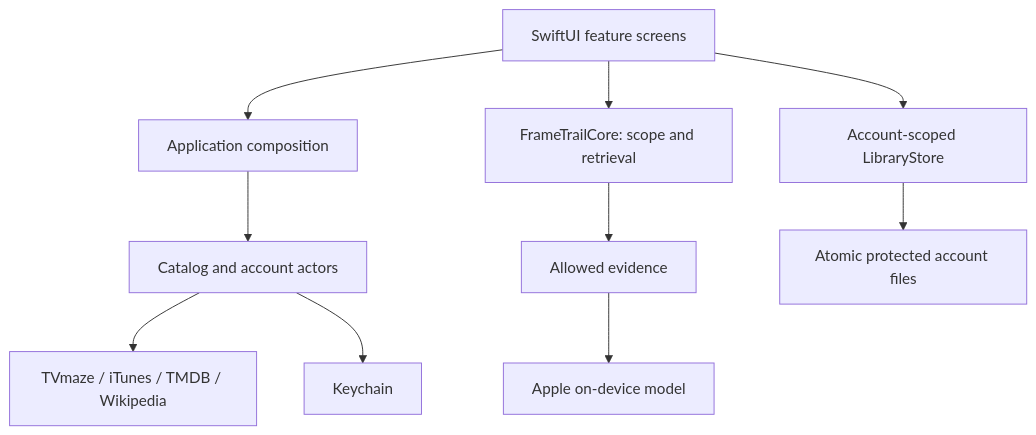
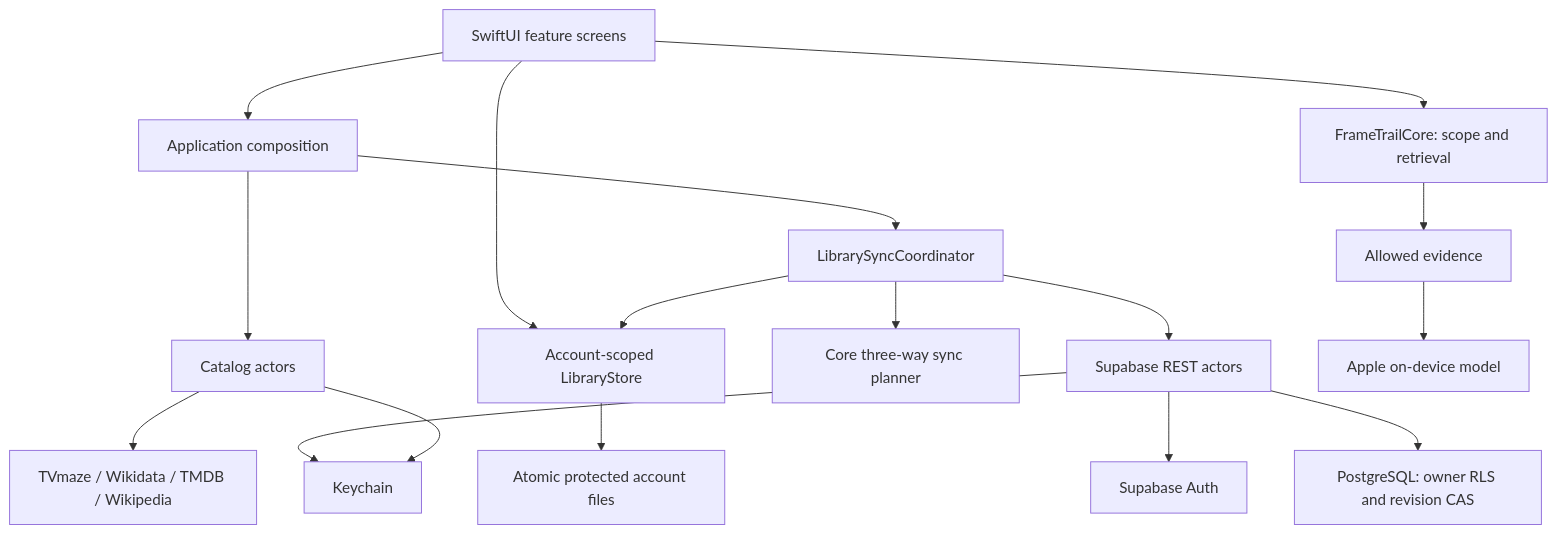
The diagram in docs/ARCHITECTURE.md (eljke/FrameTrail), drawn with Mermaid before and after one commit. The commit also changed other lines of this file and 24 other files, not shown here.

Commit message:
fix: complete account and viewing flows after integration review

````diff
--- a/docs/ARCHITECTURE.md
+++ b/docs/ARCHITECTURE.md
@@ -5,12 +5,19 @@
 ```mermaid
 flowchart TB
     UI[SwiftUI feature screens] --> App[Application composition]
     UI --> Store[Account-scoped LibraryStore]
-    App --> Catalog[Catalog and account actors]
+    App --> Catalog[Catalog actors]
+    App --> Sync[LibrarySyncCoordinator]
+    Sync --> Planner[Core three-way sync planner]
+    Sync --> Store
+    Sync --> Cloud[Supabase REST actors]
+    Cloud --> Auth[Supabase Auth]
+    Cloud --> DB[PostgreSQL: owner RLS and revision CAS]
+    Cloud --> Keys[Keychain]
     UI --> Core[FrameTrailCore: scope and retrieval]
     Core --> Context[Allowed evidence]
     Context --> Model[Apple on-device model]
-    Catalog --> Public[TVmaze / iTunes / TMDB / Wikipedia]
+    Catalog --> Public[TVmaze / Wikidata / TMDB / Wikipedia]
     Store --> JSON[Atomic protected account files]
     Catalog --> Keys[Keychain]
 ```
````
